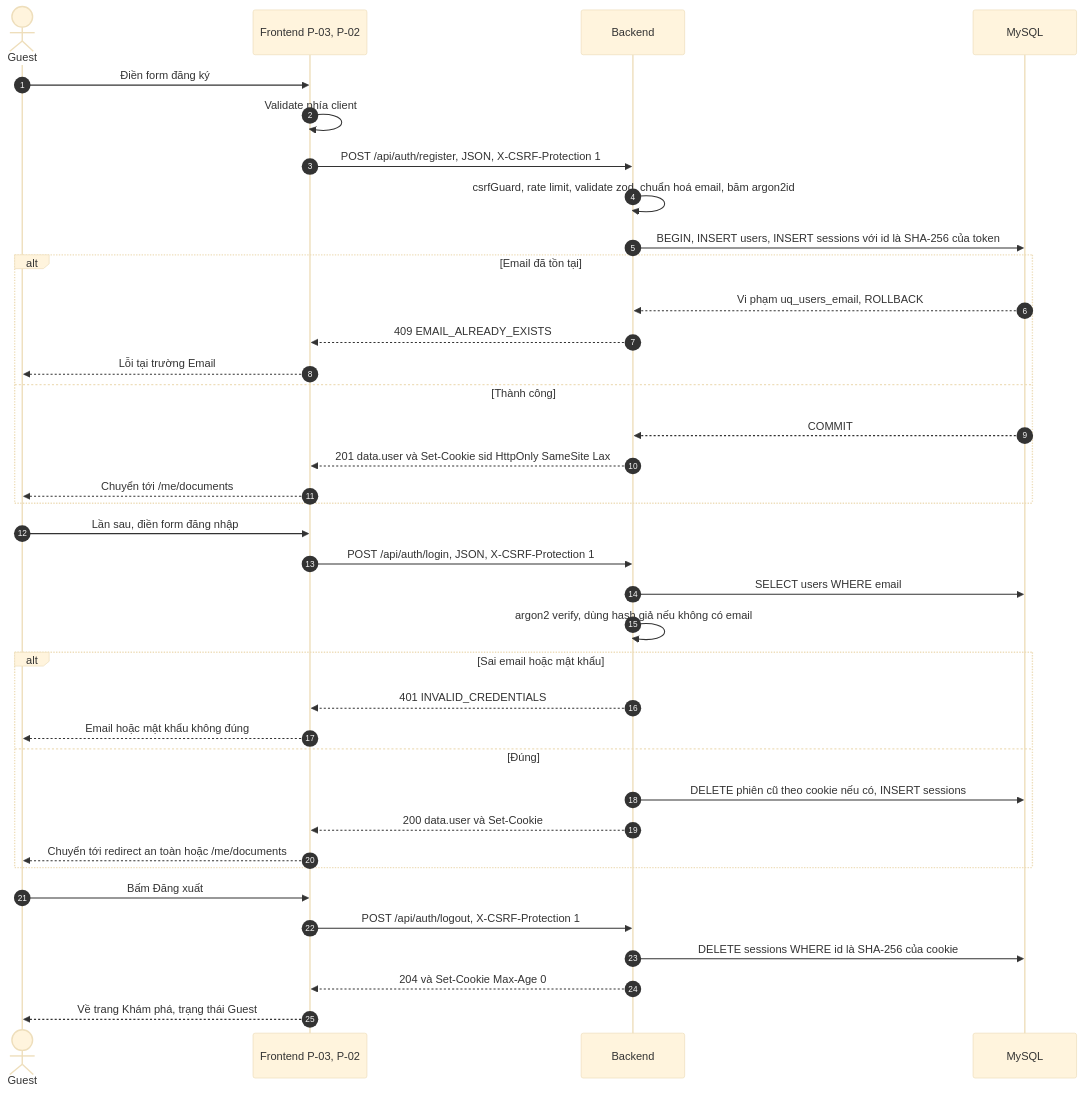
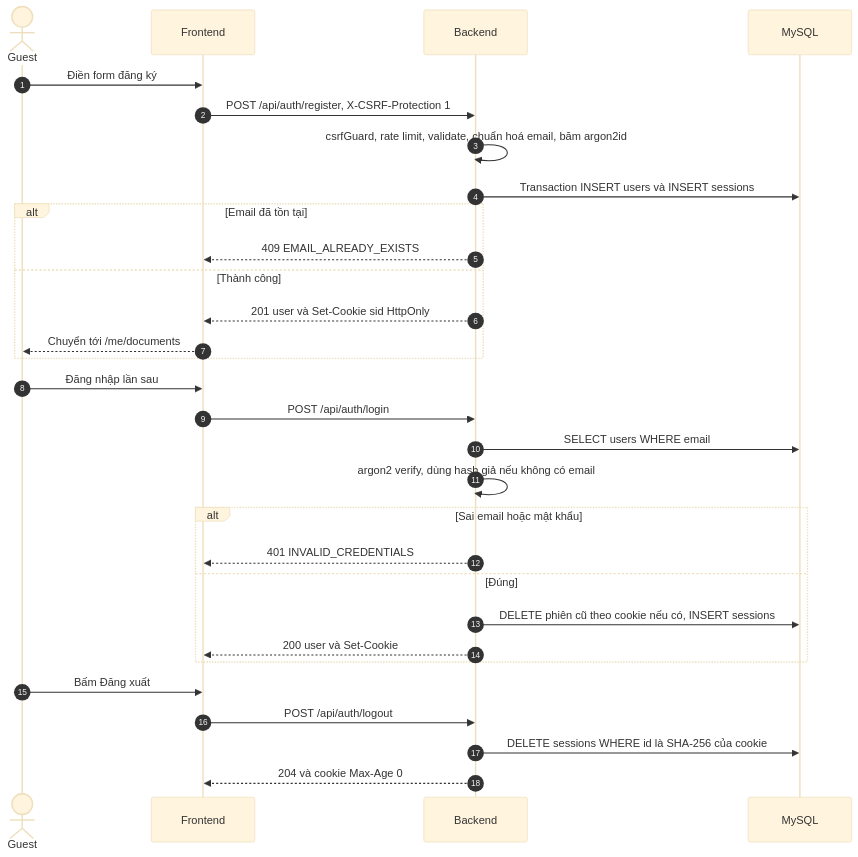
The ninth of 15 diagrams in docs/ARCHITECTURE.md (august0362/btl_cloud), drawn with Mermaid (base theme) before and after one commit. The commit also changed other lines of this file and 9 other files, not shown here.

````diff
--- a/docs/ARCHITECTURE.md
+++ b/docs/ARCHITECTURE.md
@@ -1959,39 +847,32 @@
 ```mermaid
 sequenceDiagram
   autonumber
   actor U as Guest
-  participant FE as Frontend P-03, P-02
+  participant FE as Frontend
   participant BE as Backend
   participant DB as MySQL
   U->>FE: Điền form đăng ký
-  FE->>FE: Validate phía client
-  FE->>BE: POST /api/auth/register, JSON, X-CSRF-Protection 1
-  BE->>BE: csrfGuard, rate limit, validate zod, chuẩn hoá email, băm argon2id
-  BE->>DB: BEGIN, INSERT users, INSERT sessions với id là SHA-256 của token
+  FE->>BE: POST /api/auth/register, X-CSRF-Protection 1
+  BE->>BE: csrfGuard, rate limit, validate, chuẩn hoá email, băm argon2id
+  BE->>DB: Transaction INSERT users và INSERT sessions
   alt Email đã tồn tại
-    DB-->>BE: Vi phạm uq_users_email, ROLLBACK
     BE-->>FE: 409 EMAIL_ALREADY_EXISTS
-    FE-->>U: Lỗi tại trường Email
   else Thành công
-    DB-->>BE: COMMIT
-    BE-->>FE: 201 data.user và Set-Cookie sid HttpOnly SameSite Lax
+    BE-->>FE: 201 user và Set-Cookie sid HttpOnly
     FE-->>U: Chuyển tới /me/documents
   end
-  U->>FE: Lần sau, điền form đăng nhập
-  FE->>BE: POST /api/auth/login, JSON, X-CSRF-Protection 1
+  U->>FE: Đăng nhập lần sau
+  FE->>BE: POST /api/auth/login
   BE->>DB: SELECT users WHERE email
   BE->>BE: argon2 verify, dùng hash giả nếu không có email
   alt Sai email hoặc mật khẩu
     BE-->>FE: 401 INVALID_CREDENTIALS
-    FE-->>U: Email hoặc mật khẩu không đúng
   else Đúng
     BE->>DB: DELETE phiên cũ theo cookie nếu có, INSERT sessions
-    BE-->>FE: 200 data.user và Set-Cookie
-    FE-->>U: Chuyển tới redirect an toàn hoặc /me/documents
+    BE-->>FE: 200 user và Set-Cookie
   end
   U->>FE: Bấm Đăng xuất
-  FE->>BE: POST /api/auth/logout, X-CSRF-Protection 1
+  FE->>BE: POST /api/auth/logout
   BE->>DB: DELETE sessions WHERE id là SHA-256 của cookie
-  BE-->>FE: 204 và Set-Cookie Max-Age 0
-  FE-->>U: Về trang Khám phá, trạng thái Guest
+  BE-->>FE: 204 và cookie Max-Age 0
 ```
````
